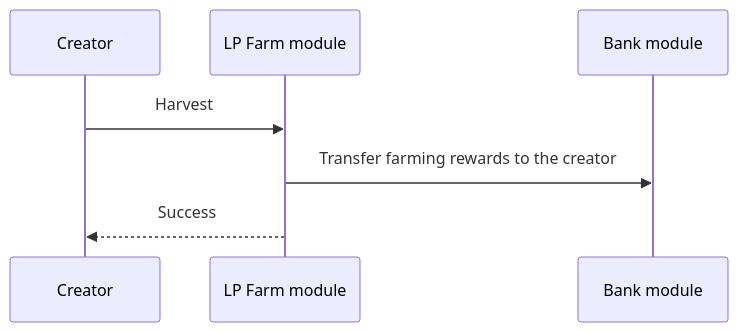
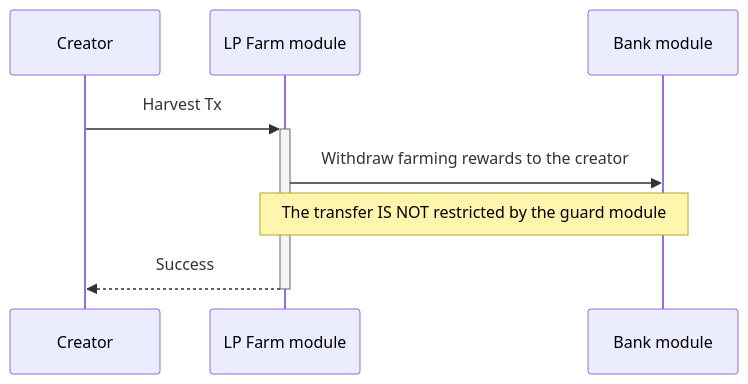
One commit to MANTRA-Chain/mantrachain changed the fifth of 5 diagrams in x/lpfarm/spec/07_txs_flows.md. Above: the diagram before and after it, drawn with Mermaid. The commit also changed other lines of this file and 12 other files, not shown here.

Commit message:
docs: add update txs flows docs

````diff
--- a/x/lpfarm/spec/07_txs_flows.md
+++ b/x/lpfarm/spec/07_txs_flows.md
@@ -61,6 +62,7 @@
 ```mermaid
 sequenceDiagram
-Creator ->> LP Farm module: Harvest
-LP Farm module->>Bank module: Transfer farming rewards to the creator
-LP Farm module-->> Creator: Success
+Creator->>+LP Farm module: Harvest Tx
+LP Farm module->>Bank module: Withdraw farming rewards to the creator
+Note over LP Farm module, Bank module: The transfer IS NOT restricted by the guard module
+LP Farm module-->>-Creator: Success
 ```
````
